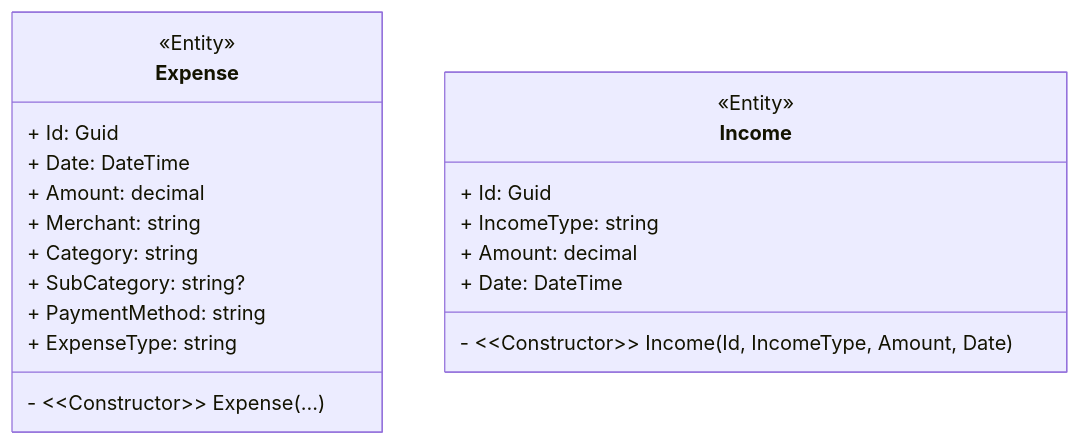
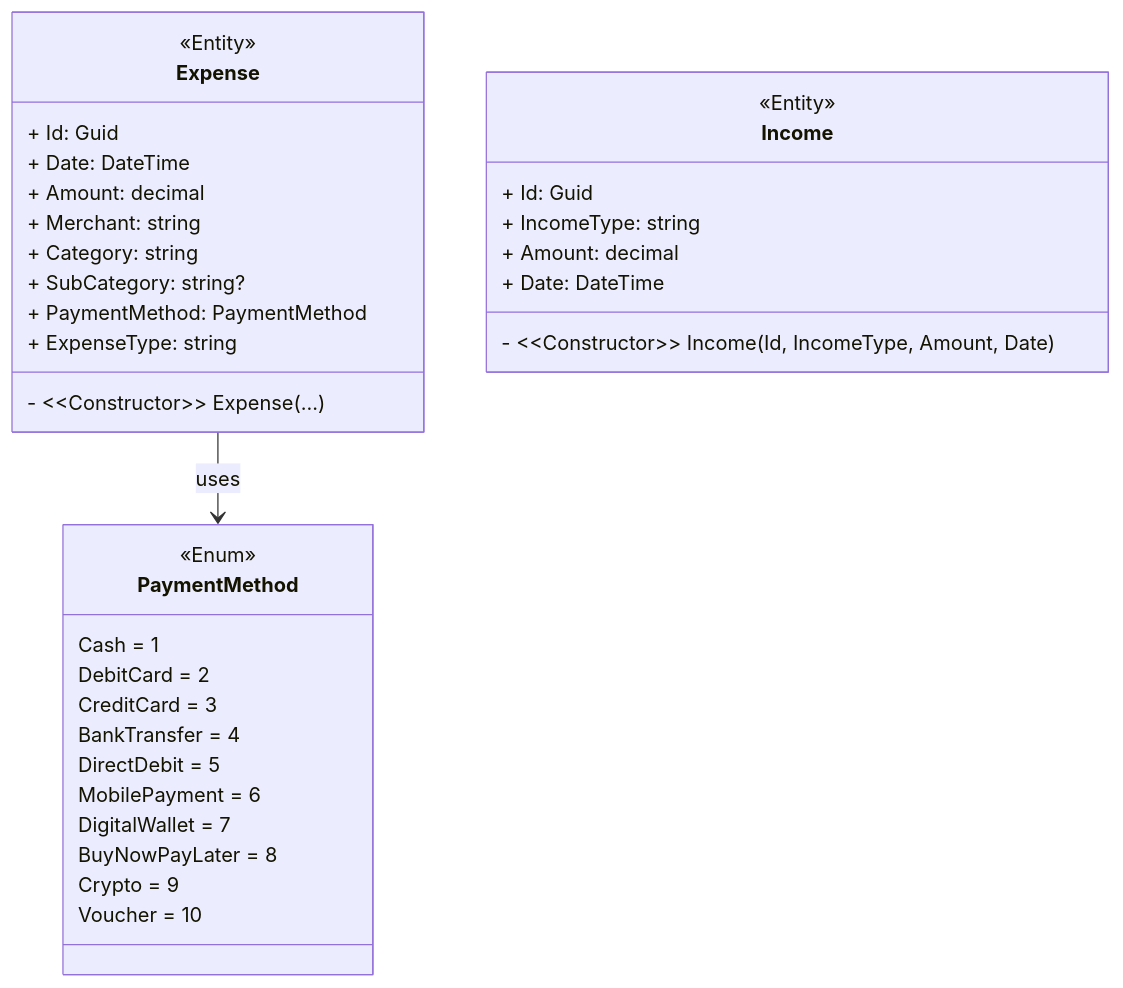
One commit to jannikwk/budget-tracker-api changed the diagram in README.md. Above: the diagram before and after it, drawn with Mermaid. The commit also changed 5 other files, not shown here.

Commit message:
feat: replace PaymentMethod string with Enum class

````diff
--- a/README.md
+++ b/README.md
@@ -4,26 +4,43 @@
 ```mermaid
 classDiagram-v2
     direction TB
 
     class Expense {
         <<Entity>>
         + Id: Guid
         + Date: DateTime
         + Amount: decimal
         + Merchant: string
         + Category: string
         + SubCategory: string?
-        + PaymentMethod: string
+        + PaymentMethod: PaymentMethod
         + ExpenseType: string
         - ~~Constructor~~ Expense(...)
     }
+    
+    class PaymentMethod {
+        <<Enum>>
+        Cash = 1
+        DebitCard = 2
+        CreditCard = 3
+        BankTransfer = 4
+        DirectDebit = 5
+        MobilePayment = 6
+        DigitalWallet = 7
+        BuyNowPayLater = 8
+        Crypto = 9
+        Voucher = 10
+        
+    }
+    
+    Expense --> PaymentMethod : uses
 
     class Income {
         <<Entity>>
         + Id: Guid
         + IncomeType: string
         + Amount: decimal
         + Date: DateTime
         - ~~Constructor~~ Income(Id, IncomeType, Amount, Date)
     }
 ```
````
